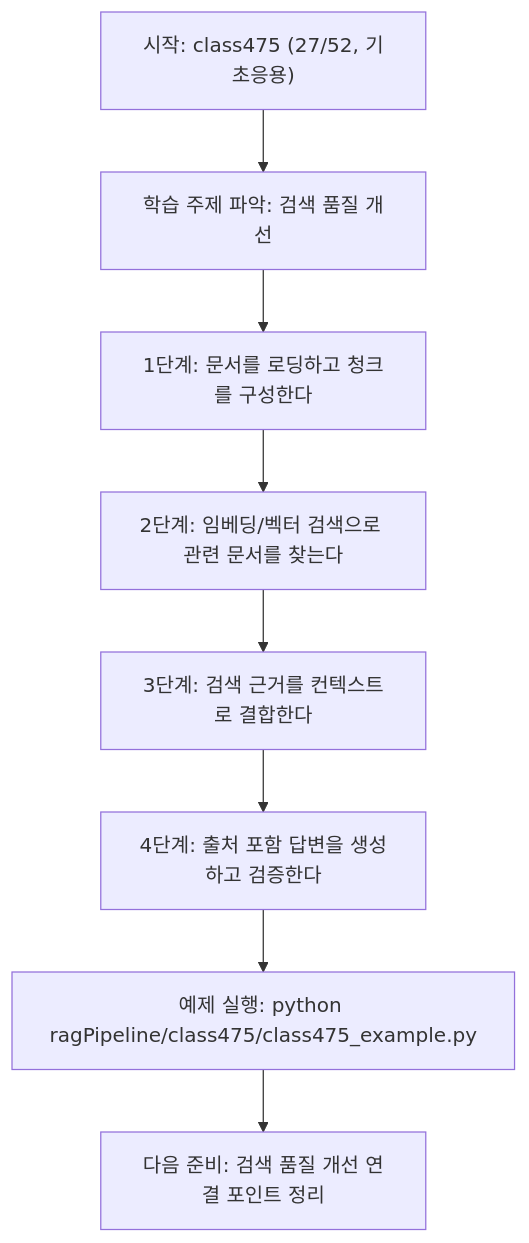
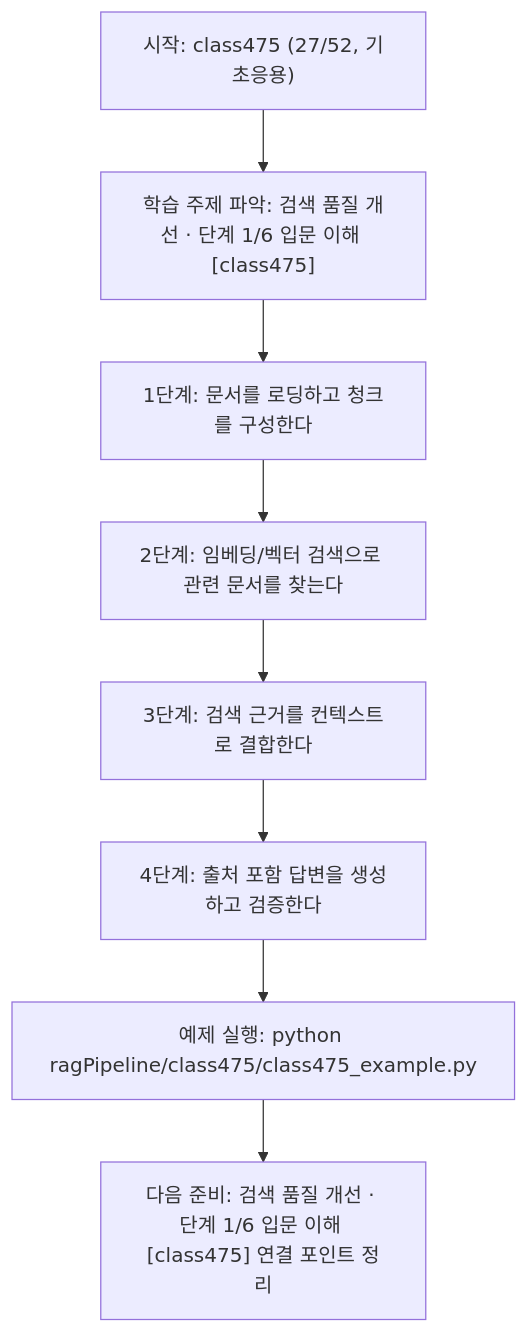
Before and after one commit to edumgt/Python-AI_Agent-Class: the diagram in ragPipeline/class475/class475.md, drawn with Mermaid. The commit also changed other lines of this file and 522 other files, not shown here.

````diff
--- a/ragPipeline/class475/class475.md
+++ b/ragPipeline/class475/class475.md
@@ -110,18 +111,18 @@
 ```mermaid
 flowchart TD
 N1["시작: class475 (27/52, 기초응용)"]
-N2["학습 주제 파악: 검색 품질 개선"]
+N2["학습 주제 파악: 검색 품질 개선 · 단계 1/6 입문 이해 [class475]"]
 N3["1단계: 문서를 로딩하고 청크를 구성한다"]
 N4["2단계: 임베딩/벡터 검색으로 관련 문서를 찾는다"]
 N5["3단계: 검색 근거를 컨텍스트로 결합한다"]
 N6["4단계: 출처 포함 답변을 생성하고 검증한다"]
 N7["예제 실행: python ragPipeline/class475/class475_example.py"]
-N8["다음 준비: 검색 품질 개선 연결 포인트 정리"]
+N8["다음 준비: 검색 품질 개선 · 단계 1/6 입문 이해 [class475] 연결 포인트 정리"]
 N1 --> N2
 N2 --> N3
 N3 --> N4
 N4 --> N5
 N5 --> N6
 N6 --> N7
 N7 --> N8
 ```
````
